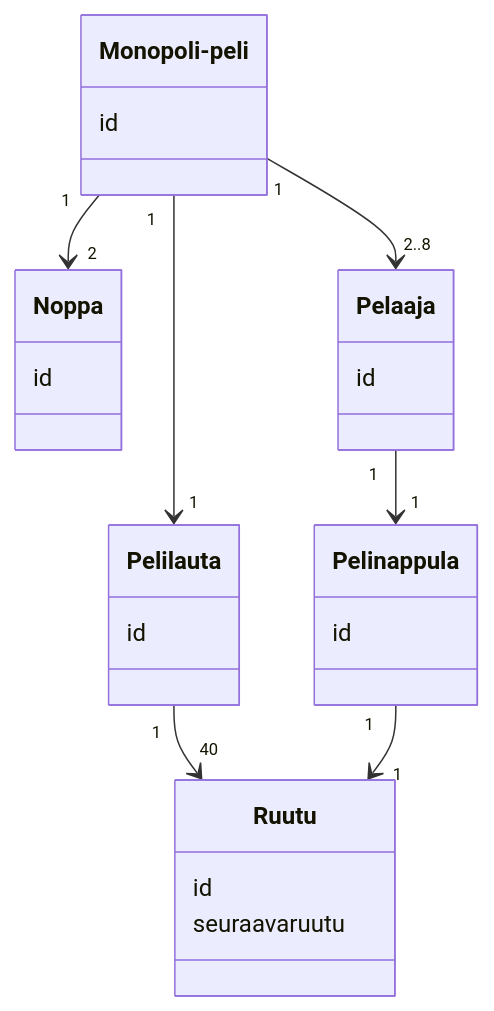
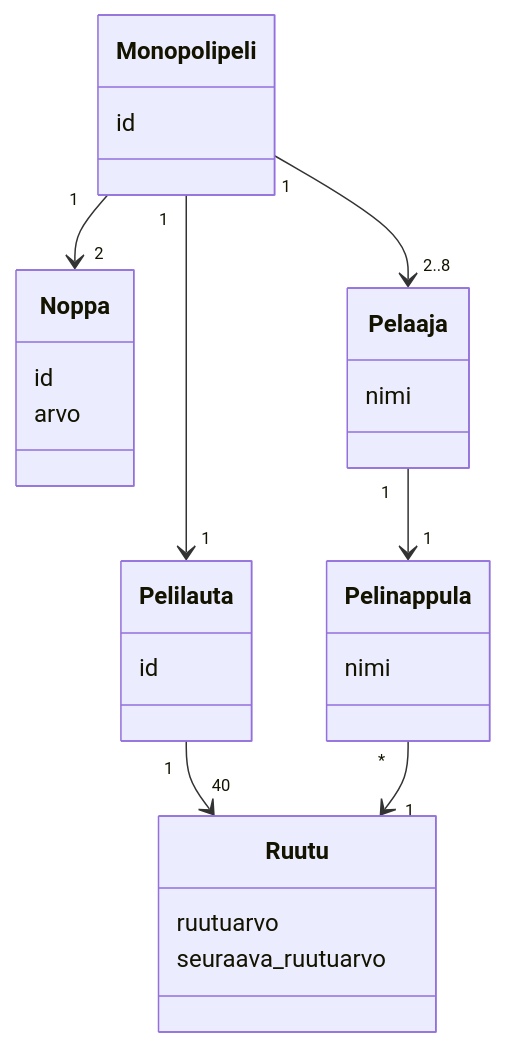
The diagram in laskarit/viikko3/tehtava1.md (r-elsa/ot-harjoitustyo), drawn with Mermaid before and after one commit.

````diff
--- a/laskarit/viikko3/tehtava1.md
+++ b/laskarit/viikko3/tehtava1.md
@@ -3,38 +3,39 @@
 ```mermaid
  classDiagram
-      Monopoli-peli "1" --> "2" Noppa
-      Monopoli-peli "1" --> "2..8" Pelaaja
-      Monopoli-peli "1" --> "1" Pelilauta
+      Monopolipeli "1" --> "2" Noppa
+      Monopolipeli "1" --> "2..8" Pelaaja
+      Monopolipeli "1" --> "1" Pelilauta
       Pelaaja "1" --> "1" Pelinappula
       Pelilauta "1" --> "40" Ruutu
-      Pelinappula "1" --> "1" Ruutu	
-      class Monopoli-peli{
+      Pelinappula "*" --> "1" Ruutu
+      class Monopolipeli{
           id
           
       }
       class Noppa{
           id
+	  arvo
           
       }
 	class Pelaaja{
-          id
+          nimi
           
           
       }
 	class Pelilauta{
-          id
-          
+	  id
+                    
           
       }
 	class Ruutu{
-          id
-          seuraavaruutu 
+          ruutuarvo
+          seuraava_ruutuarvo
           
       }
 	 class Pelinappula{
-          id
+          nimi
           
           
       }
 
 ```
````
